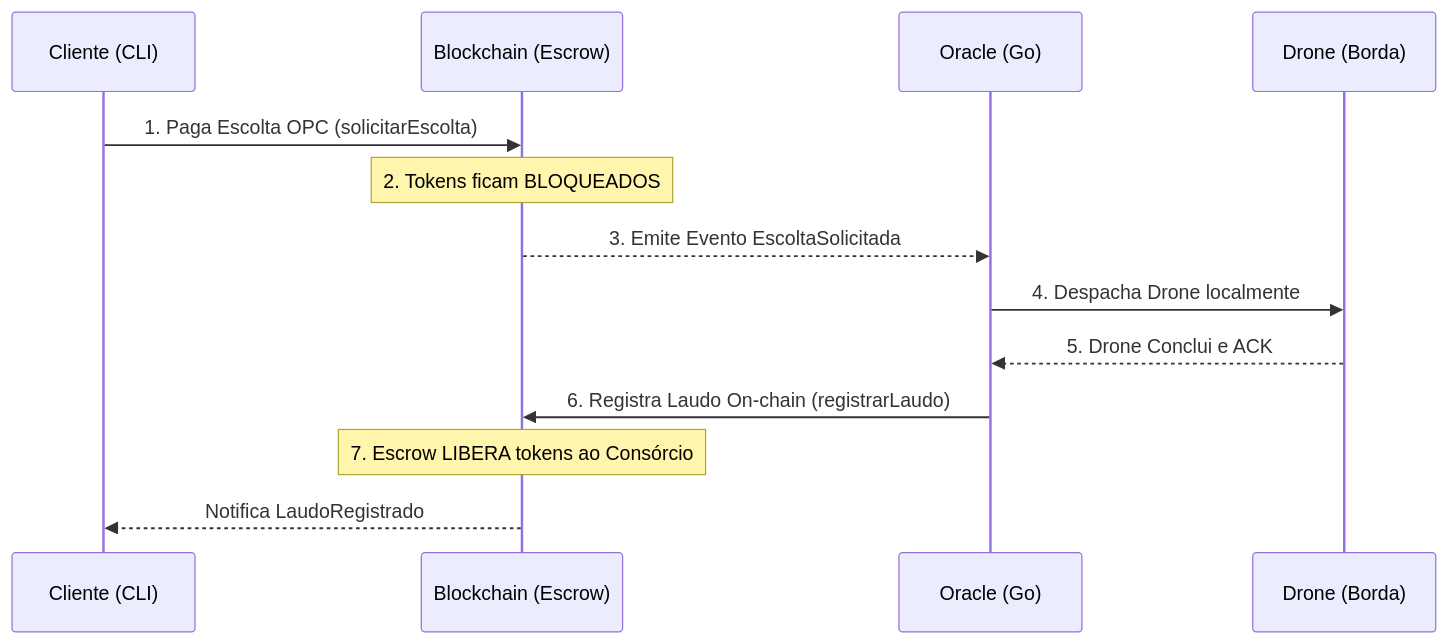
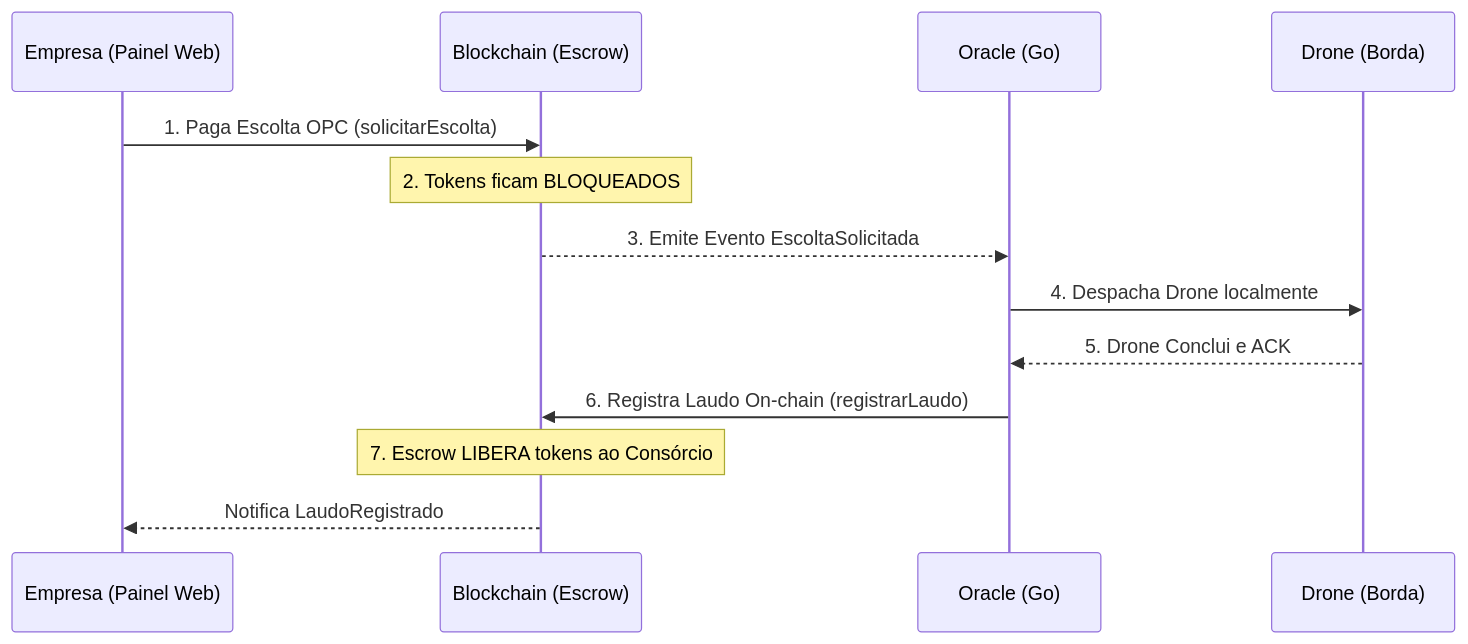
The first of 2 diagrams in docs/arquitetura.md (cleidson21/PBL_3_Redes-economia_e_auditoria_de_guerra), drawn with Mermaid before and after one commit. The commit also changed other lines of this file and 7 other files, not shown here.

````diff
--- a/docs/arquitetura.md
+++ b/docs/arquitetura.md
@@ -15,16 +15,16 @@
 ```mermaid
 sequenceDiagram
-    participant C as Cliente (CLI)
+    participant C as Empresa (Painel Web)
     participant B as Blockchain (Escrow)
     participant O as Oracle (Go)
     participant D as Drone (Borda)
 
     C->>B: 1. Paga Escolta OPC (solicitarEscolta)
     Note over B: 2. Tokens ficam BLOQUEADOS
     B-->>O: 3. Emite Evento EscoltaSolicitada
     O->>D: 4. Despacha Drone localmente
     D-->>O: 5. Drone Conclui e ACK
     O->>B: 6. Registra Laudo On-chain (registrarLaudo)
     Note over B: 7. Escrow LIBERA tokens ao Consórcio
     B-->>C: Notifica LaudoRegistrado
 ```
````
